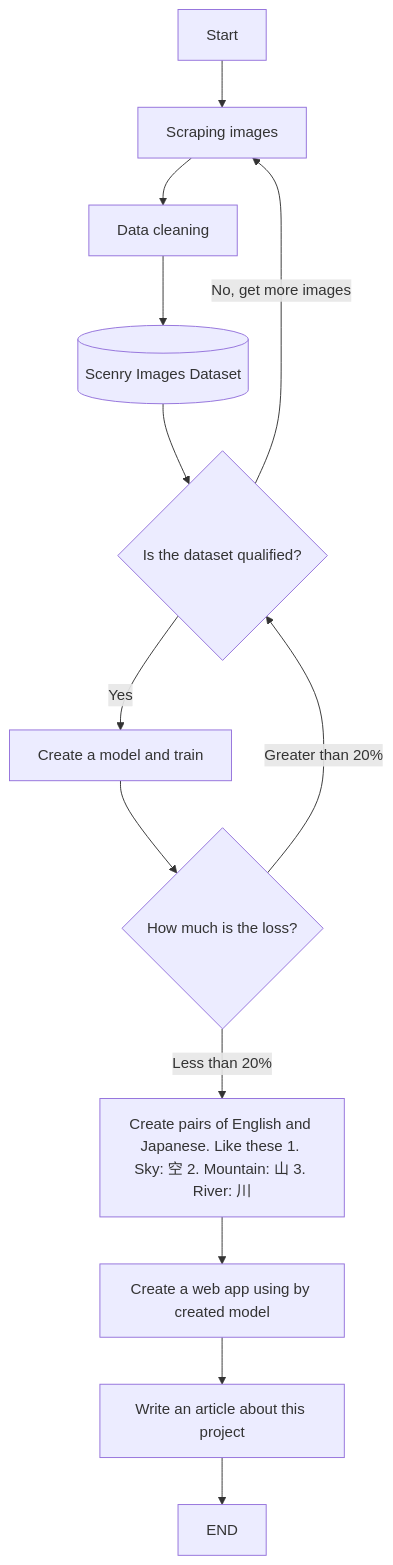
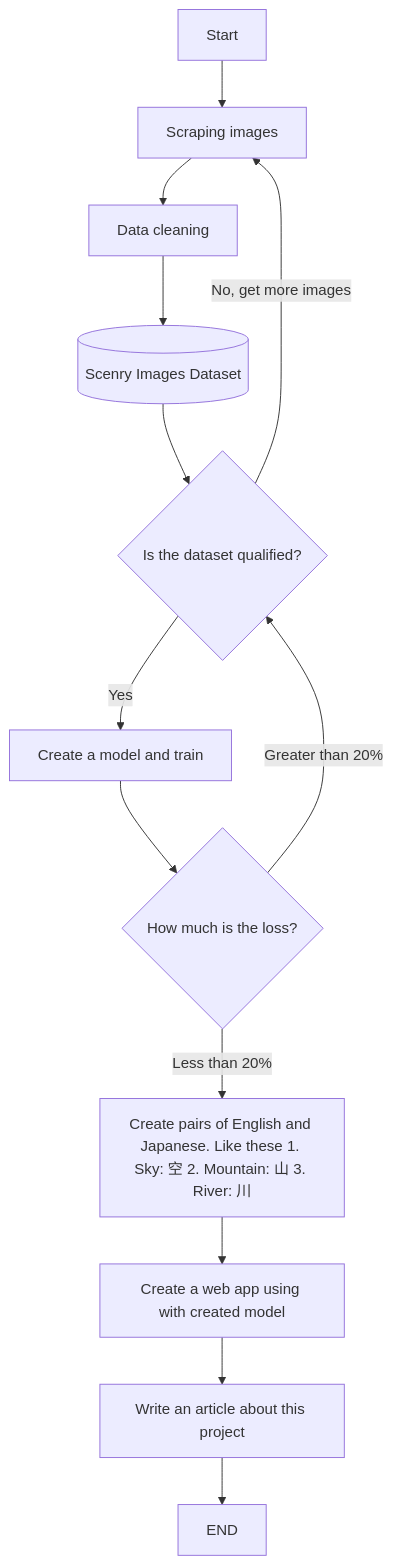
One commit to RyutaroInatsu/ImageAnnotationChallenge changed the diagram in README.md. Above: the diagram before and after it, drawn with Mermaid.

Commit message:
Fix typo on the flowchart H

````diff
--- a/README.md
+++ b/README.md
@@ -24,14 +24,14 @@
 ```mermaid
 flowchart TD
   A[Start] --> B[Scraping images];
   B --> C[Data cleaning];
   C --> D[(Scenry Images Dataset)];
   D --> E{Is the dataset qualified?};
   E -- Yes --> F[Create a model and train];
   E -- No, get more images --> B;
   F --> G{How much is the loss?};
   G -- Less than 20% --> H[Create pairs of English and Japanese. Like these 1. Sky: 空 2. Mountain: 山 3. River: 川];
   G -- Greater than 20% --> E;
-  H --> I[Create a web app using by created model];
+  H --> I[Create a web app using with created model];
   I --> J[Write an article about this project] --> END;
 ```
````
